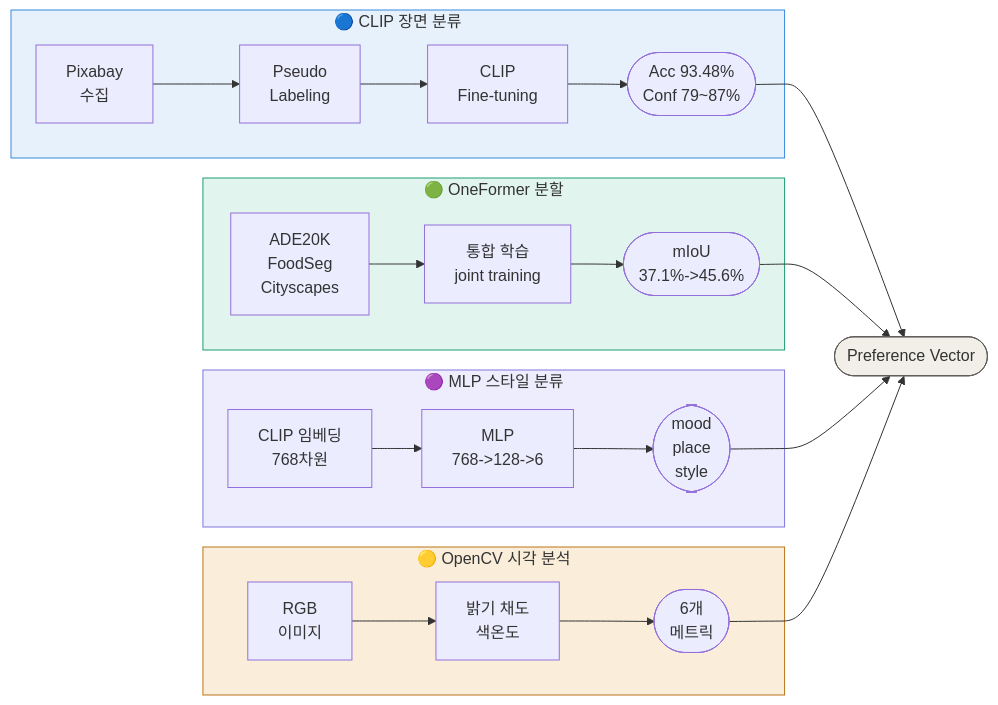
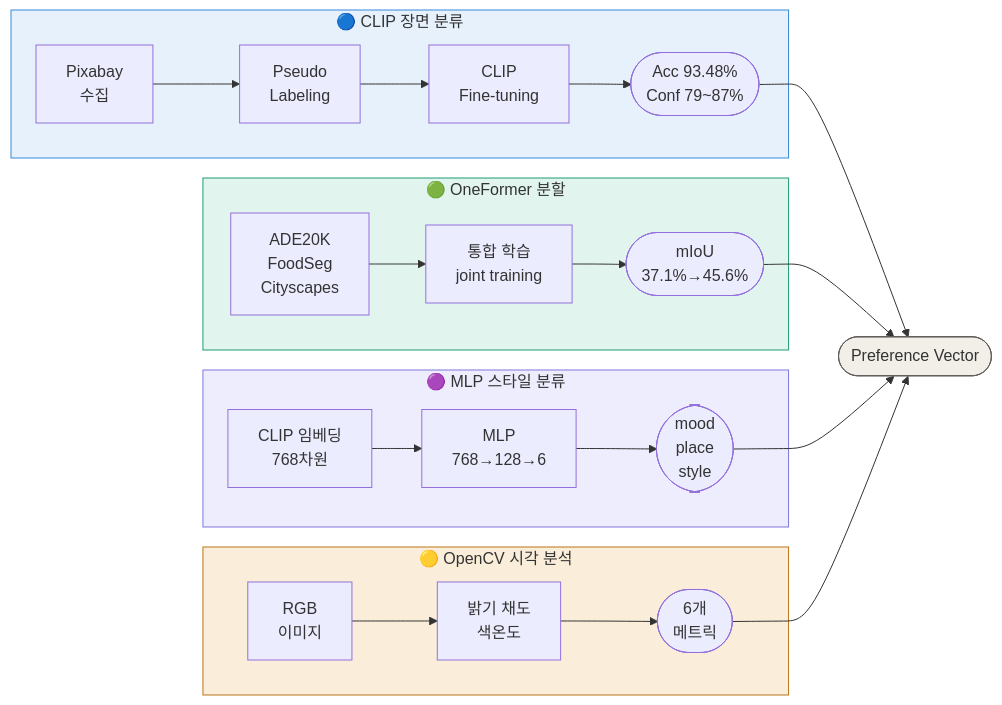
The second of 2 diagrams in README.md (ysnni2/PhotoTrip), drawn with Mermaid before and after one commit. The commit also changed other lines of this file, not shown here.

````diff
--- a/README.md
+++ b/README.md
@@ -217,31 +357,31 @@
 ```mermaid
 flowchart LR
     subgraph CLIP["🔵 CLIP 장면 분류"]
         A["Pixabay\n수집"] --> B["Pseudo\nLabeling"] --> C["CLIP\nFine-tuning"] --> R1(["Acc 93.48%\nConf 79~87%"])
     end
 
     subgraph ONE["🟢 OneFormer 분할"]
-        D["ADE20K\nFoodSeg\nCityscapes"] --> E["통합 학습\njoint training"] --> R2(["mIoU\n37.1%->45.6%"])
+        D["ADE20K\nFoodSeg\nCityscapes"] --> E["통합 학습\njoint training"] --> R2(["mIoU\n37.1%→45.6%"])
     end
 
     subgraph MLP["🟣 MLP 스타일 분류"]
-        F["CLIP 임베딩\n768차원"] --> G["MLP\n768->128->6"] --> R3(["mood\nplace\nstyle"])
+        F["CLIP 임베딩\n768차원"] --> G["MLP\n768→128→6"] --> R3(["mood\nplace\nstyle"])
     end
 
     subgraph OCV["🟡 OpenCV 시각 분석"]
         H["RGB\n이미지"] --> I["밝기 채도\n색온도"] --> R4(["6개\n메트릭"])
     end
 
     R1 --> PV
     R2 --> PV
     R3 --> PV
     R4 --> PV
 
     PV(["Preference Vector"])
 
     style CLIP fill:#e6f1fb,stroke:#378add
     style ONE fill:#e1f5ee,stroke:#1d9e75
     style MLP fill:#eeedfe,stroke:#7f77dd
     style OCV fill:#faeeda,stroke:#ba7517
     style PV fill:#f1efe8,stroke:#5f5e5a
 ```
````
